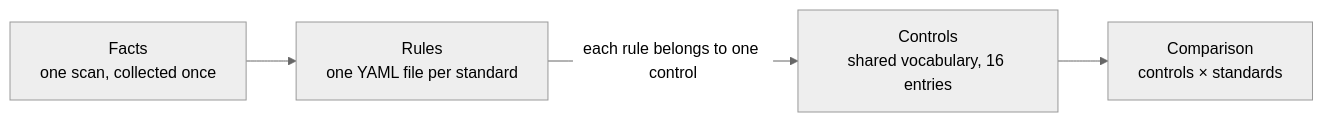
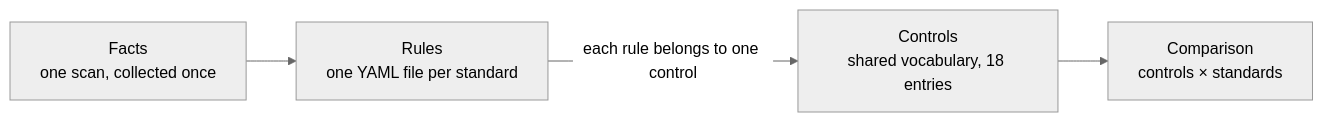
Before and after one commit to maksymkisil2/tr02102-audit: the diagram in docs/STANDARDS.md, drawn with Mermaid (neutral theme). The commit also changed other lines of this file and 9 other files, not shown here.

````diff
--- a/docs/STANDARDS.md
+++ b/docs/STANDARDS.md
@@ -9,11 +9,11 @@
 ```mermaid
 flowchart LR
     facts["Facts<br/>one scan, collected once"]
-    controls["Controls<br/>shared vocabulary, 16 entries"]
+    controls["Controls<br/>shared vocabulary, 18 entries"]
     rules["Rules<br/>one YAML file per standard"]
     report["Comparison<br/>controls × standards"]
 
     facts --> rules
     rules -->|"each rule belongs to one control"| controls
     controls --> report
 ```
````
